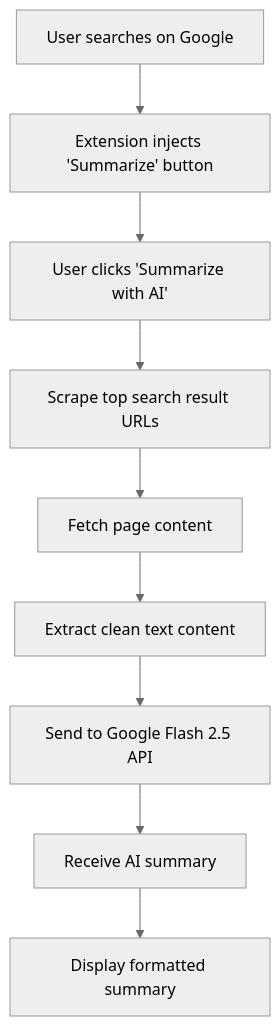
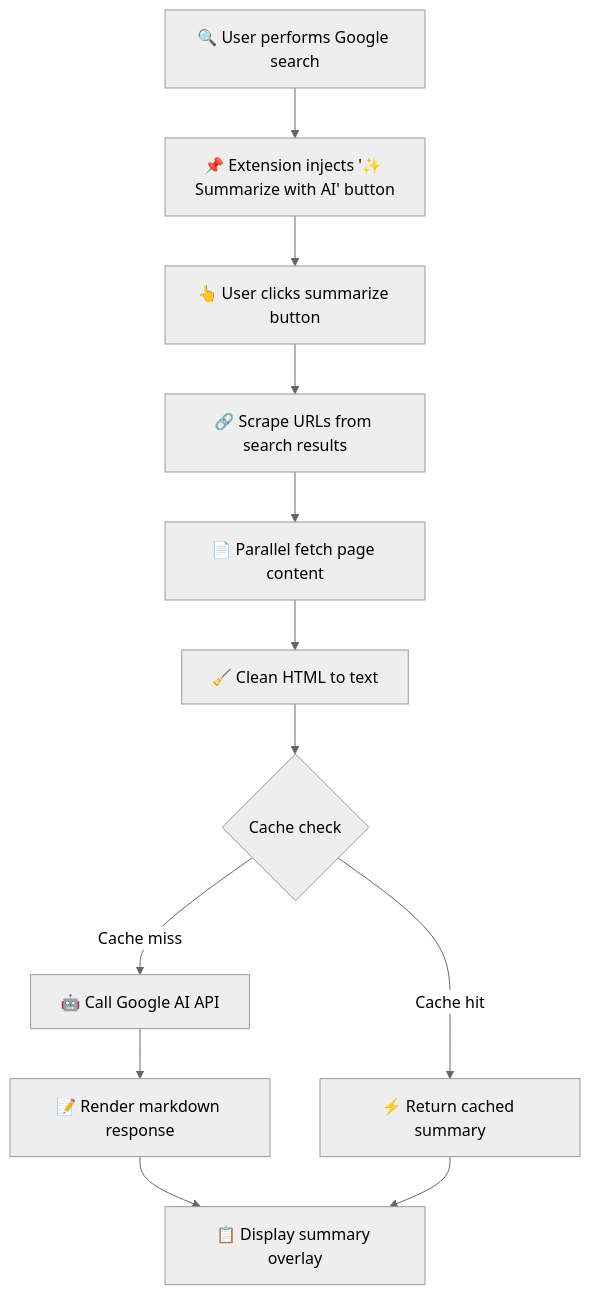
The diagram in Readme.md (Teycir/Gist), drawn with Mermaid (neutral theme) before and after one commit. The commit also changed other lines of this file and 11 other files, not shown here.

````diff
--- a/Readme.md
+++ b/Readme.md
@@ -31,11 +60,14 @@
 ```mermaid
-graph TD
-    A[User searches on Google] --> B[Extension injects 'Summarize' button]
-    B --> C[User clicks 'Summarize with AI']
-    C --> D[Scrape top search result URLs]
-    D --> E[Fetch page content]
-    E --> F[Extract clean text content]
-    F --> G[Send to Google Flash 2.5 API]
-    G --> H[Receive AI summary]
-    H --> I[Display formatted summary]
+flowchart TD
+    A[🔍 User performs Google search] --> B[📌 Extension injects '✨ Summarize with AI' button]
+    B --> C[👆 User clicks summarize button]
+    C --> D[🔗 Scrape URLs from search results]
+    D --> E[📄 Parallel fetch page content]
+    E --> F[🧹 Clean HTML to text]
+    F --> G{Cache check}
+    G -->|Cache hit| H[⚡ Return cached summary]
+    G -->|Cache miss| I[🤖 Call Google AI API]
+    I --> J[📝 Render markdown response]
+    J --> K[📋 Display summary overlay]
+    H --> K
 ```
````
